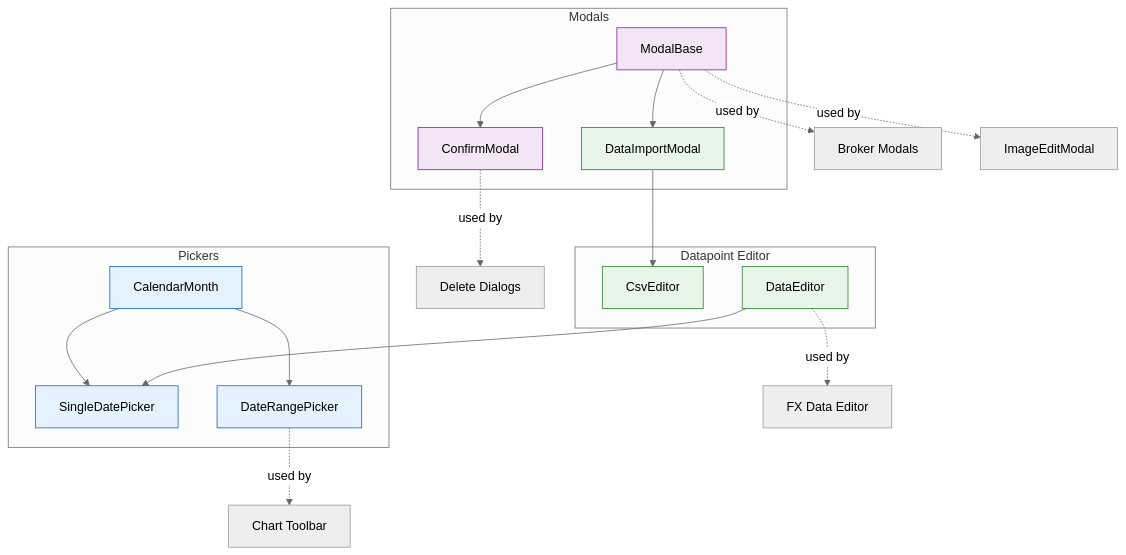
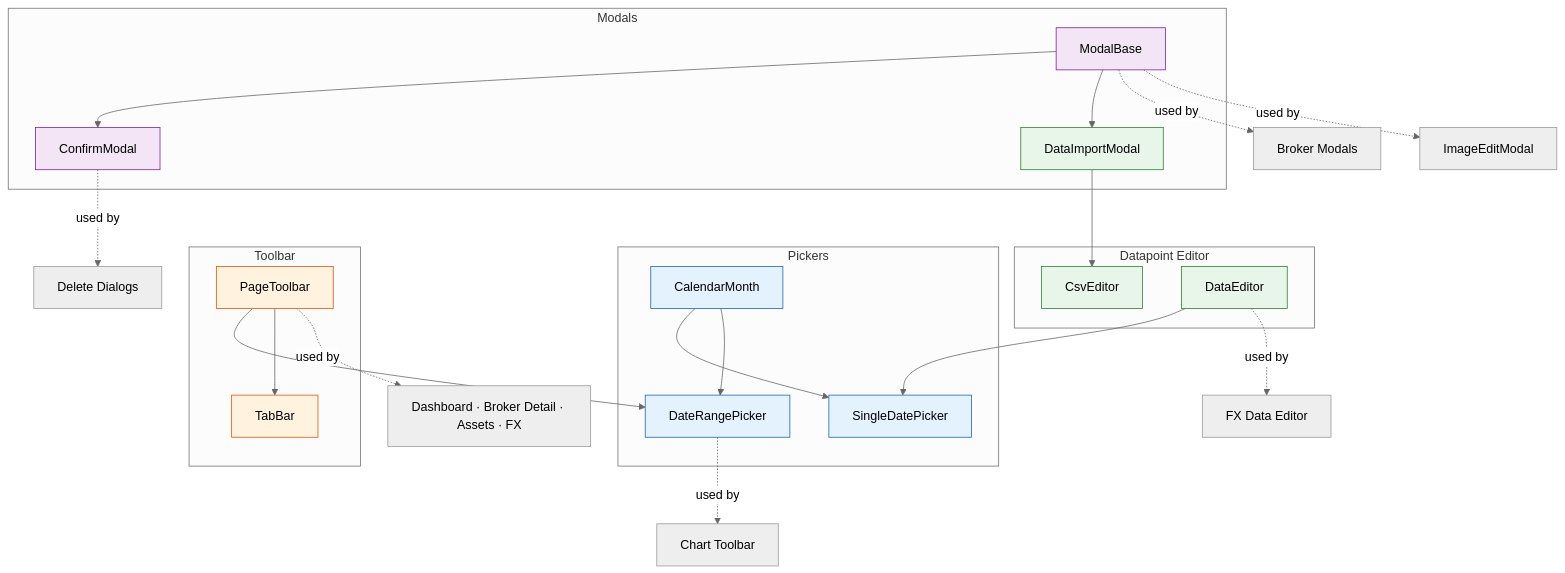
One commit to Librefolio/LibreFolio changed the diagram in mkdocs_src/docs/developer/frontend/components/core-ui/index.md. Above: the diagram before and after it, drawn with Mermaid (neutral theme). The commit also changed other lines of this file and 2 other files, not shown here.

Commit message:
feat(docs): add toolbar and responsive layout documentation

````diff
--- a/mkdocs_src/docs/developer/frontend/components/core-ui/index.md
+++ b/mkdocs_src/docs/developer/frontend/components/core-ui/index.md
@@ -7,32 +7,40 @@
 ```mermaid
 graph TD
     subgraph "Modals"
         MB["ModalBase"] --> CM["ConfirmModal"]
         MB --> DIM["DataImportModal"]
     end
 
     subgraph "Pickers"
         CAL["CalendarMonth"] --> SDP["SingleDatePicker"]
         CAL --> DRP["DateRangePicker"]
     end
 
+    subgraph "Toolbar"
+        PT["PageToolbar"] --> DRP
+        PT --> TB["TabBar"]
+    end
+
     subgraph "Datapoint Editor"
         DIM --> CSE["CsvEditor"]
         DE["DataEditor"] --> SDP
     end
 
     MB -.->|used by| BM["Broker Modals"]
     MB -.->|used by| IE["ImageEditModal"]
     CM -.->|used by| DEL["Delete Dialogs"]
     DRP -.->|used by| CT["Chart Toolbar"]
     DE -.->|used by| FX["FX Data Editor"]
+    PT -.->|used by| PAGES["Dashboard · Broker Detail · Assets · FX"]
 
     style MB fill:#f3e5f5,stroke:#7b1fa2
     style CM fill:#f3e5f5,stroke:#7b1fa2
     style CAL fill:#e3f2fd,stroke:#1565c0
     style SDP fill:#e3f2fd,stroke:#1565c0
     style DRP fill:#e3f2fd,stroke:#1565c0
     style DE fill:#e8f5e9,stroke:#2e7d32
     style DIM fill:#e8f5e9,stroke:#2e7d32
     style CSE fill:#e8f5e9,stroke:#2e7d32
+    style PT fill:#fff3e0,stroke:#e65100
+    style TB fill:#fff3e0,stroke:#e65100
 ```
````
